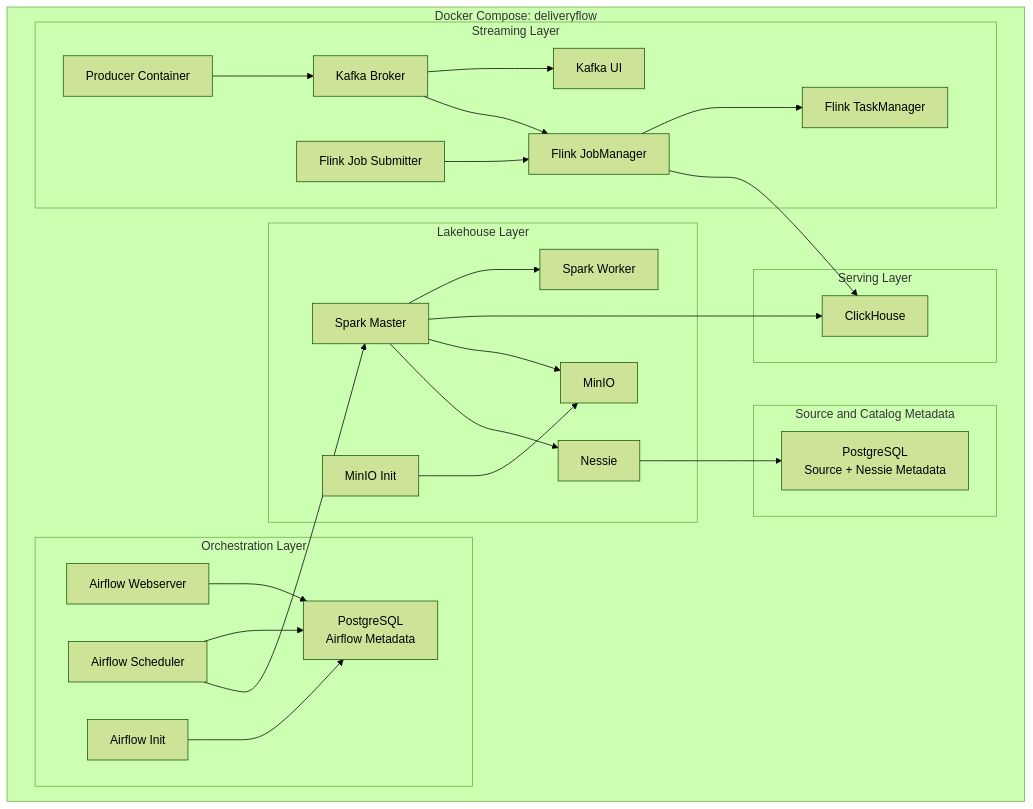
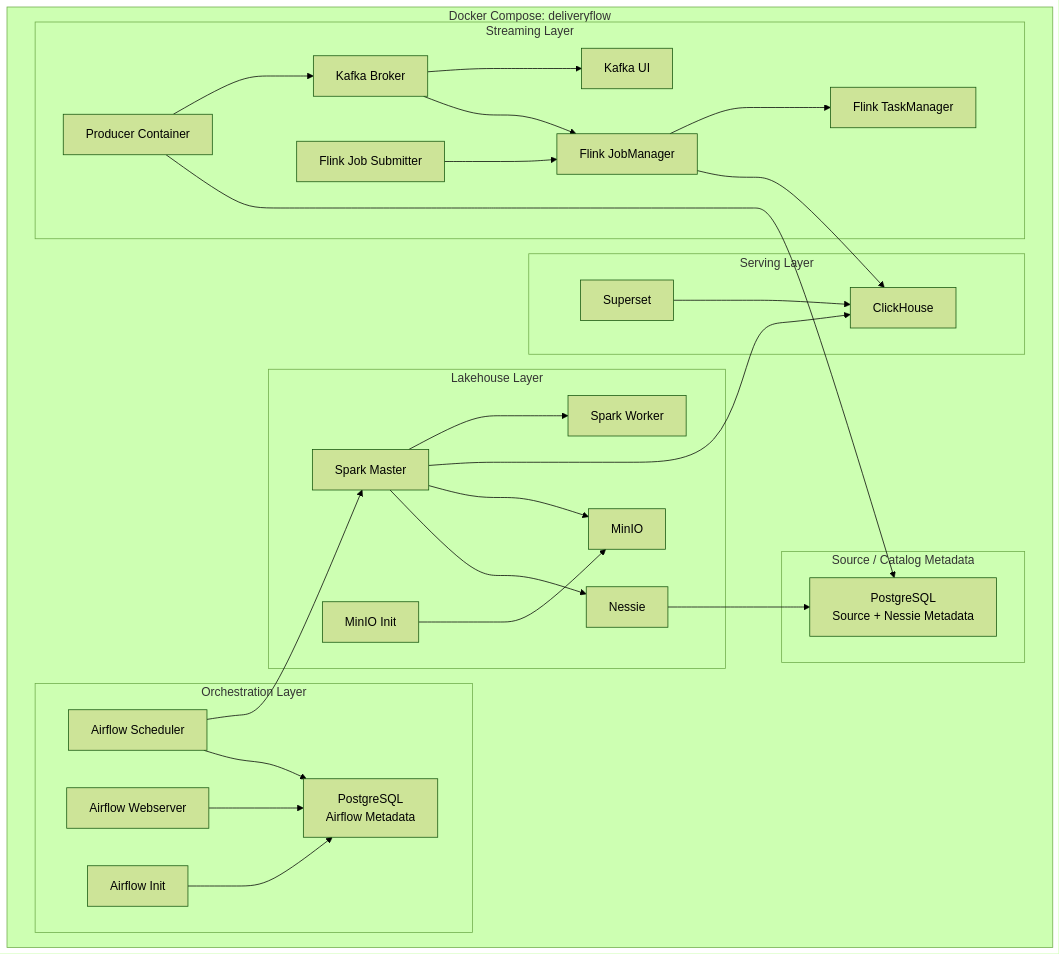
The second of 4 diagrams in README.md (VugarMammadov87/deliveryflow-project), drawn with Mermaid (forest theme) before and after one commit. The commit also changed other lines of this file and 23 other files, not shown here.

````diff
--- a/README.md
+++ b/README.md
@@ -54,53 +86,56 @@
 ```mermaid
 flowchart TB
     subgraph compose["Docker Compose: deliveryflow"]
         subgraph streaming["Streaming Layer"]
             kafka["Kafka Broker"]
-            kafka_ui["Kafka UI"]
+            kafkaUi["Kafka UI"]
             producer["Producer Container"]
-            flink_jm["Flink JobManager"]
-            flink_tm["Flink TaskManager"]
-            flink_submit["Flink Job Submitter"]
+            flinkJm["Flink JobManager"]
+            flinkTm["Flink TaskManager"]
+            flinkSubmit["Flink Job Submitter"]
         end
 
         subgraph serving["Serving Layer"]
             clickhouse["ClickHouse"]
+            superset["Superset"]
         end
 
         subgraph lakehouse["Lakehouse Layer"]
+            sparkMaster["Spark Master"]
+            sparkWorker["Spark Worker"]
             minio["MinIO"]
-            minio_init["MinIO Init"]
+            minioInit["MinIO Init"]
             nessie["Nessie"]
-            spark_master["Spark Master"]
-            spark_worker["Spark Worker"]
         end
 
         subgraph orchestration["Orchestration Layer"]
-            airflow_db["PostgreSQL<br/>Airflow Metadata"]
-            airflow_init["Airflow Init"]
-            airflow_web["Airflow Webserver"]
-            airflow_scheduler["Airflow Scheduler"]
+            airflowDb["PostgreSQL<br/>Airflow Metadata"]
+            airflowInit["Airflow Init"]
+            airflowWeb["Airflow Webserver"]
+            airflowScheduler["Airflow Scheduler"]
         end
 
-        subgraph metadata["Source and Catalog Metadata"]
-            source_db["PostgreSQL<br/>Source + Nessie Metadata"]
+        subgraph source["Source / Catalog Metadata"]
+            postgresSource["PostgreSQL<br/>Source + Nessie Metadata"]
         end
     end
 
-    kafka --> kafka_ui
-    kafka --> flink_jm
-    flink_jm --> flink_tm
-    flink_submit --> flink_jm
     producer --> kafka
-    flink_jm --> clickhouse
-    spark_master --> spark_worker
-    spark_master --> clickhouse
-    spark_master --> minio
-    spark_master --> nessie
-    nessie --> source_db
-    airflow_web --> airflow_db
-    airflow_scheduler --> airflow_db
-    airflow_scheduler --> spark_master
-    minio_init --> minio
-    airflow_init --> airflow_db
+    producer --> postgresSource
+    kafka --> kafkaUi
+    kafka --> flinkJm
+    flinkJm --> flinkTm
+    flinkSubmit --> flinkJm
+    flinkJm --> clickhouse
+    superset --> clickhouse
+    airflowScheduler --> sparkMaster
+    sparkMaster --> sparkWorker
+    sparkMaster --> clickhouse
+    sparkMaster --> minio
+    sparkMaster --> nessie
+    nessie --> postgresSource
+    airflowWeb --> airflowDb
+    airflowScheduler --> airflowDb
+    minioInit --> minio
+    airflowInit --> airflowDb
 ```
````
